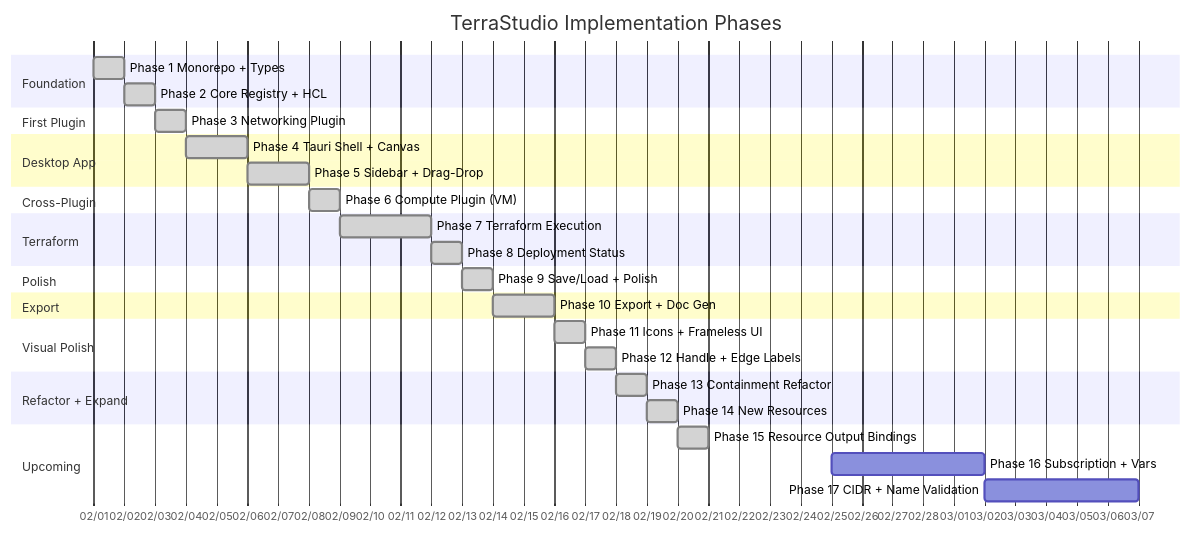
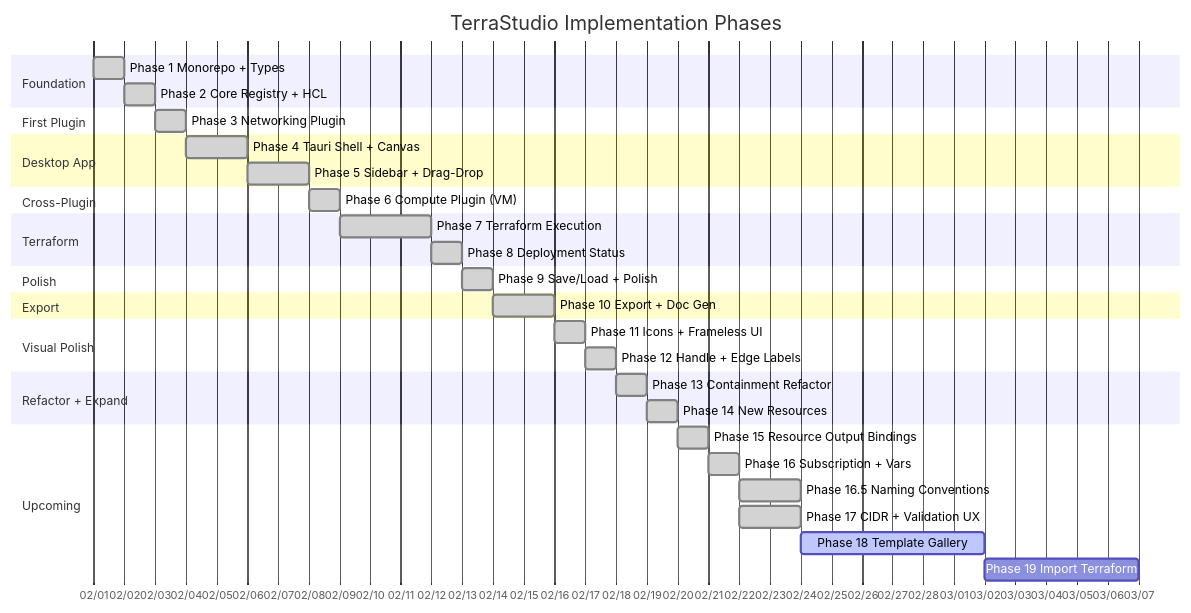
One commit to afroze9/terrastudio changed the diagram in docs/implementation-roadmap.md. Above: the diagram before and after it, drawn with Mermaid. The commit also changed other lines of this file, not shown here.

First line of the commit message:
docs: update implementation roadmap to reflect completed phases

````diff
--- a/docs/implementation-roadmap.md
+++ b/docs/implementation-roadmap.md
@@ -11,44 +11,47 @@
 ```mermaid
 gantt
     title TerraStudio Implementation Phases
     dateFormat YYYY-MM-DD
     axisFormat %m/%d
     tickInterval 1day
 
     section Foundation
     Phase 1 Monorepo + Types         :done, p1, 2026-02-01, 2026-02-02
     Phase 2 Core Registry + HCL      :done, p2, 2026-02-02, 2026-02-03
 
     section First Plugin
     Phase 3 Networking Plugin         :done, p3, 2026-02-03, 2026-02-04
 
     section Desktop App
     Phase 4 Tauri Shell + Canvas      :done, p4, 2026-02-04, 2026-02-06
     Phase 5 Sidebar + Drag-Drop       :done, p5, 2026-02-06, 2026-02-08
 
     section Cross-Plugin
     Phase 6 Compute Plugin (VM)       :done, p6, 2026-02-08, 2026-02-09
 
     section Terraform
     Phase 7 Terraform Execution       :done, p7, 2026-02-09, 2026-02-12
     Phase 8 Deployment Status         :done, p8, 2026-02-12, 2026-02-13
 
     section Polish
     Phase 9 Save/Load + Polish        :done, p9, 2026-02-13, 2026-02-14
 
     section Export
     Phase 10 Export + Doc Gen         :done, p10, 2026-02-14, 2026-02-16
 
     section Visual Polish
     Phase 11 Icons + Frameless UI     :done, p11, 2026-02-16, 2026-02-17
     Phase 12 Handle + Edge Labels     :done, p12, 2026-02-17, 2026-02-18
 
     section Refactor + Expand
     Phase 13 Containment Refactor     :done, p13, 2026-02-18, 2026-02-19
     Phase 14 New Resources            :done, p14, 2026-02-19, 2026-02-20
 
     section Upcoming
     Phase 15 Resource Output Bindings :done, p15, 2026-02-20, 2026-02-21
-    Phase 16 Subscription + Vars      :p16, 2026-02-25, 2026-03-02
-    Phase 17 CIDR + Name Validation   :p17, 2026-03-02, 2026-03-07
+    Phase 16 Subscription + Vars      :done, p16, 2026-02-21, 2026-02-22
+    Phase 16.5 Naming Conventions     :done, p165, 2026-02-22, 2026-02-24
+    Phase 17 CIDR + Validation UX     :done, p17, 2026-02-22, 2026-02-24
+    Phase 18 Template Gallery         :active, p18, 2026-02-24, 2026-03-02
+    Phase 19 Import Terraform         :p19, 2026-03-02, 2026-03-07
 ```
````
